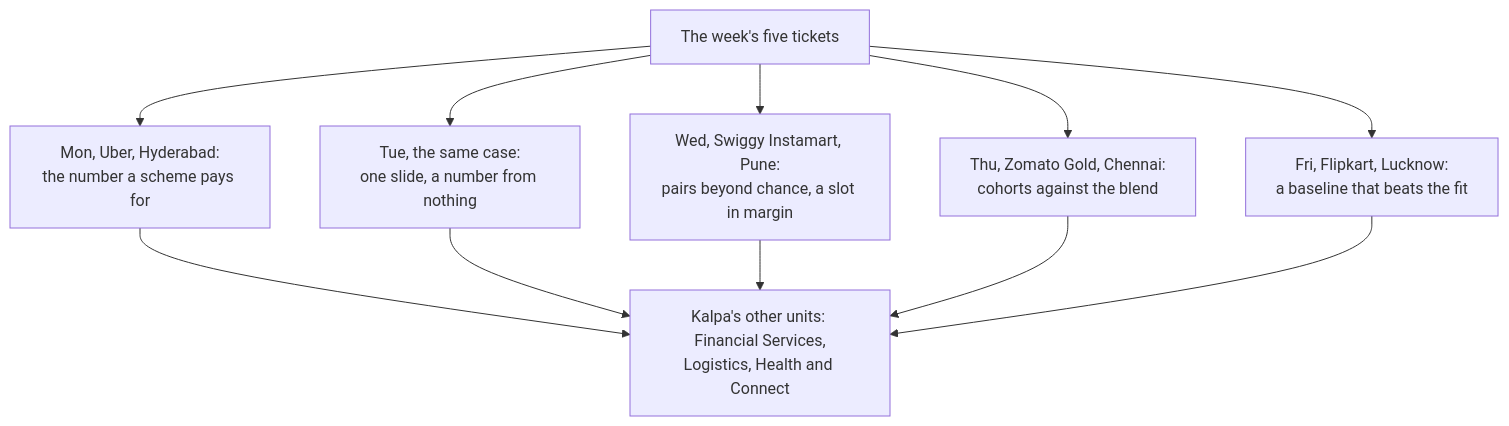
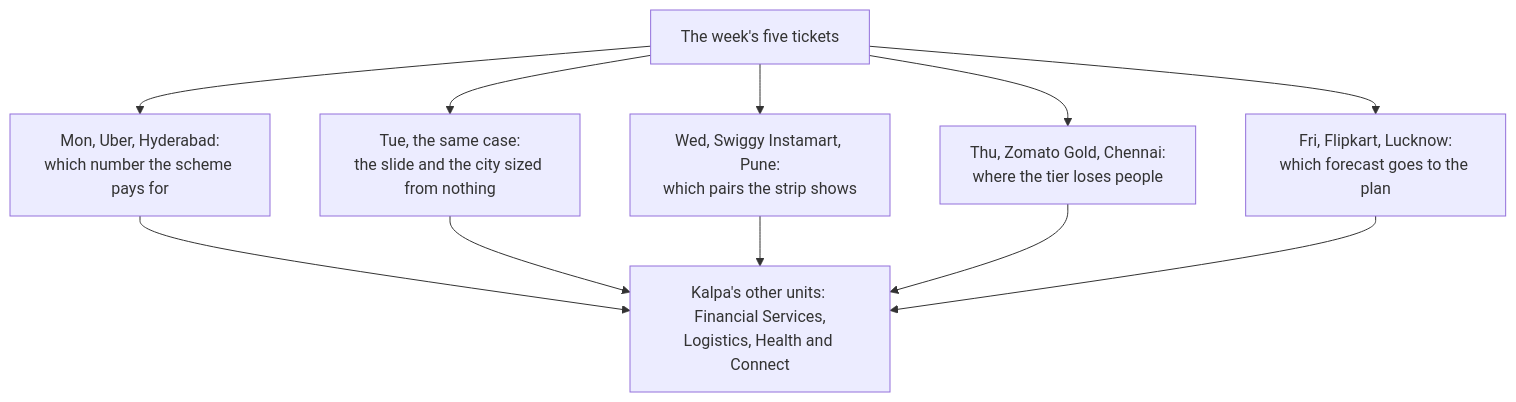
The sixth of 6 diagrams in content/W04/SAT/paper/C2_W04_SAT_recap_paper_STUDENT.md (fde-academy-lab/c2-content-factory), drawn with Mermaid before and after one commit. The commit also changed other lines of this file and 8 other files, not shown here.

````diff
--- a/content/W04/SAT/paper/C2_W04_SAT_recap_paper_STUDENT.md
+++ b/content/W04/SAT/paper/C2_W04_SAT_recap_paper_STUDENT.md
@@ -638,13 +639,13 @@
 ```mermaid
 flowchart TB
-  W["The week's five tickets"] --> M["Mon, Uber, Hyderabad:<br/>the number a scheme pays for"]
-  W --> T["Tue, the same case:<br/>one slide, a number from nothing"]
-  W --> X["Wed, Swiggy Instamart, Pune:<br/>pairs beyond chance, a slot in margin"]
-  W --> H["Thu, Zomato Gold, Chennai:<br/>cohorts against the blend"]
-  W --> F["Fri, Flipkart, Lucknow:<br/>a baseline that beats the fit"]
+  W["The week's five tickets"] --> M["Mon, Uber, Hyderabad:<br/>which number the scheme pays for"]
+  W --> T["Tue, the same case:<br/>the slide and the city sized from nothing"]
+  W --> X["Wed, Swiggy Instamart, Pune:<br/>which pairs the strip shows"]
+  W --> H["Thu, Zomato Gold, Chennai:<br/>where the tier loses people"]
+  W --> F["Fri, Flipkart, Lucknow:<br/>which forecast goes to the plan"]
   M --> K["Kalpa's other units: Financial Services,<br/>Logistics, Health and Connect"]
   T --> K
   X --> K
   H --> K
   F --> K
 ```
````
